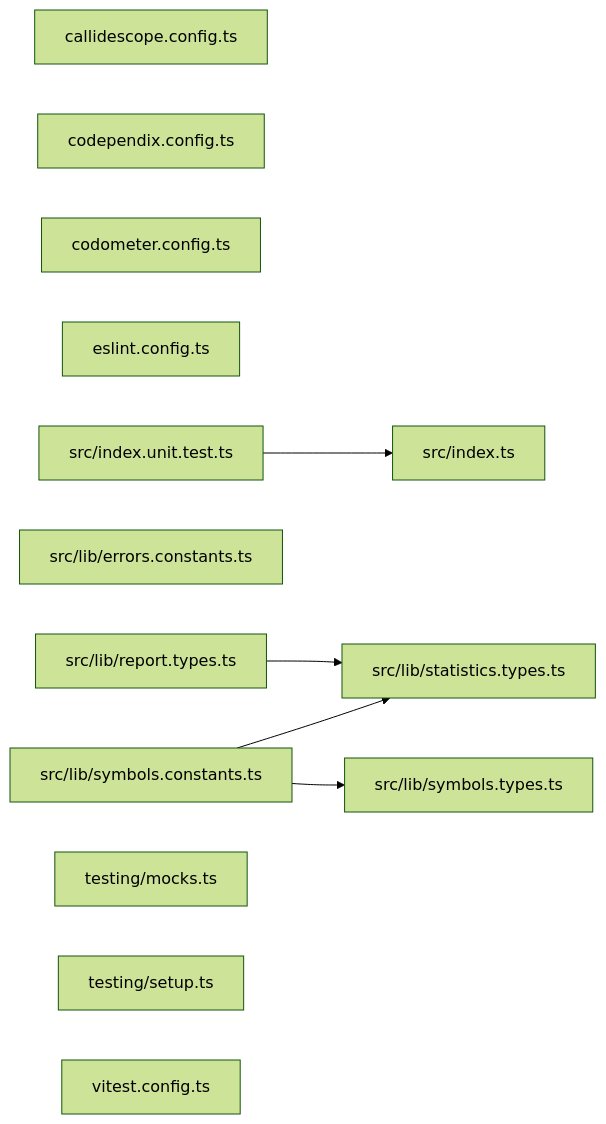
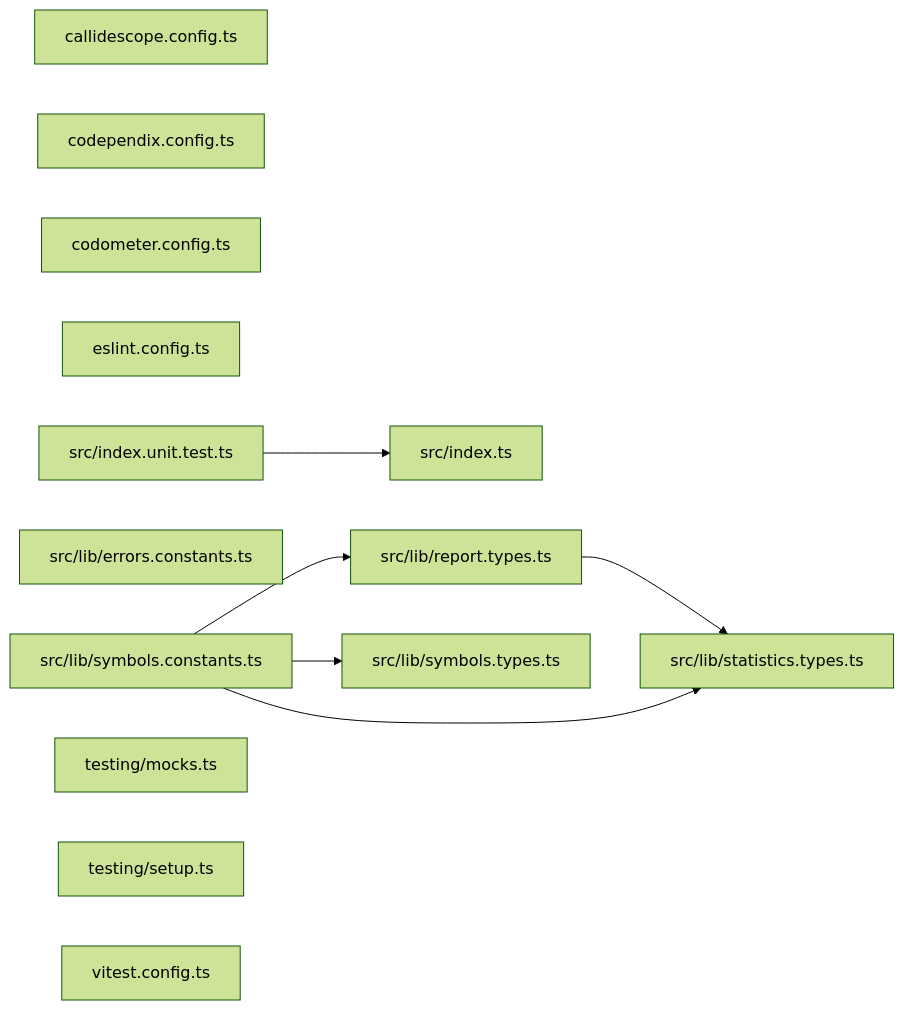
The second of 2 diagrams in packages/ic-suite/codometer/codometer-core/README.md (JimmyPaolini/codebase), drawn with Mermaid (forest theme) before and after one commit. The commit also changed 32 other files, not shown here.

````diff
--- a/packages/ic-suite/codometer/codometer-core/README.md
+++ b/packages/ic-suite/codometer/codometer-core/README.md
@@ -60,21 +60,22 @@
 ```mermaid
 graph LR
   file_callidescope_config_ts["callidescope.config.ts"]
   file_codependix_config_ts["codependix.config.ts"]
   file_codometer_config_ts["codometer.config.ts"]
   file_eslint_config_ts["eslint.config.ts"]
   file_src_index_ts["src/index.ts"]
   file_src_index_unit_test_ts["src/index.unit.test.ts"]
   file_src_lib_errors_constants_ts["src/lib/errors.constants.ts"]
   file_src_lib_report_types_ts["src/lib/report.types.ts"]
   file_src_lib_statistics_types_ts["src/lib/statistics.types.ts"]
   file_src_lib_symbols_constants_ts["src/lib/symbols.constants.ts"]
   file_src_lib_symbols_types_ts["src/lib/symbols.types.ts"]
   file_testing_mocks_ts["testing/mocks.ts"]
   file_testing_setup_ts["testing/setup.ts"]
   file_vitest_config_ts["vitest.config.ts"]
   file_src_index_unit_test_ts --> file_src_index_ts
   file_src_lib_report_types_ts --> file_src_lib_statistics_types_ts
+  file_src_lib_symbols_constants_ts --> file_src_lib_report_types_ts
   file_src_lib_symbols_constants_ts --> file_src_lib_statistics_types_ts
   file_src_lib_symbols_constants_ts --> file_src_lib_symbols_types_ts
 ```
````
